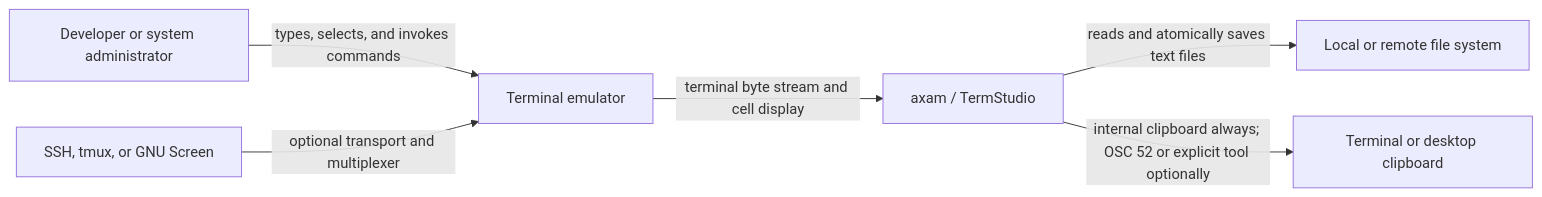
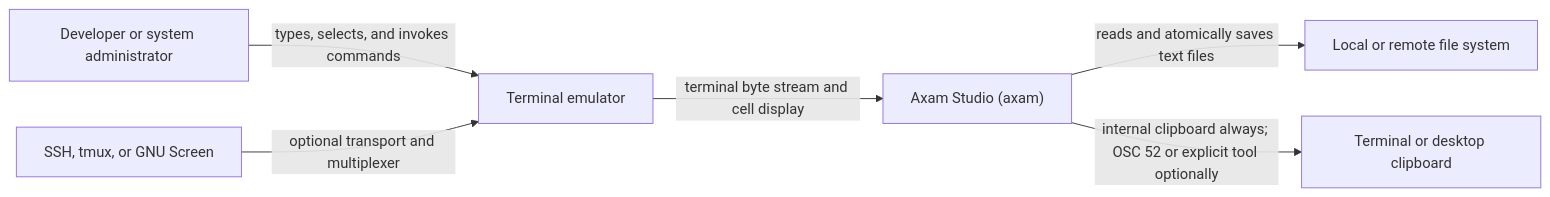
The first of 5 diagrams in docs/C4.md (alexshescp/axam), drawn with Mermaid before and after one commit. The commit also changed other lines of this file and 40 other files, not shown here.

````diff
--- a/docs/C4.md
+++ b/docs/C4.md
@@ -9,15 +9,15 @@
 ```mermaid
 flowchart LR
     User["Developer or system administrator"]
     Terminal["Terminal emulator"]
     SSH["SSH, tmux, or GNU Screen"]
     FileSystem["Local or remote file system"]
     Clipboard["Terminal or desktop clipboard"]
-    Axam["axam / TermStudio"]
+    Axam["Axam Studio (axam)"]
 
     User -->|"types, selects, and invokes commands"| Terminal
     Terminal -->|"terminal byte stream and cell display"| Axam
     SSH -->|"optional transport and multiplexer"| Terminal
     Axam -->|"reads and atomically saves text files"| FileSystem
     Axam -->|"internal clipboard always; OSC 52 or explicit tool optionally"| Clipboard
 ```
````
